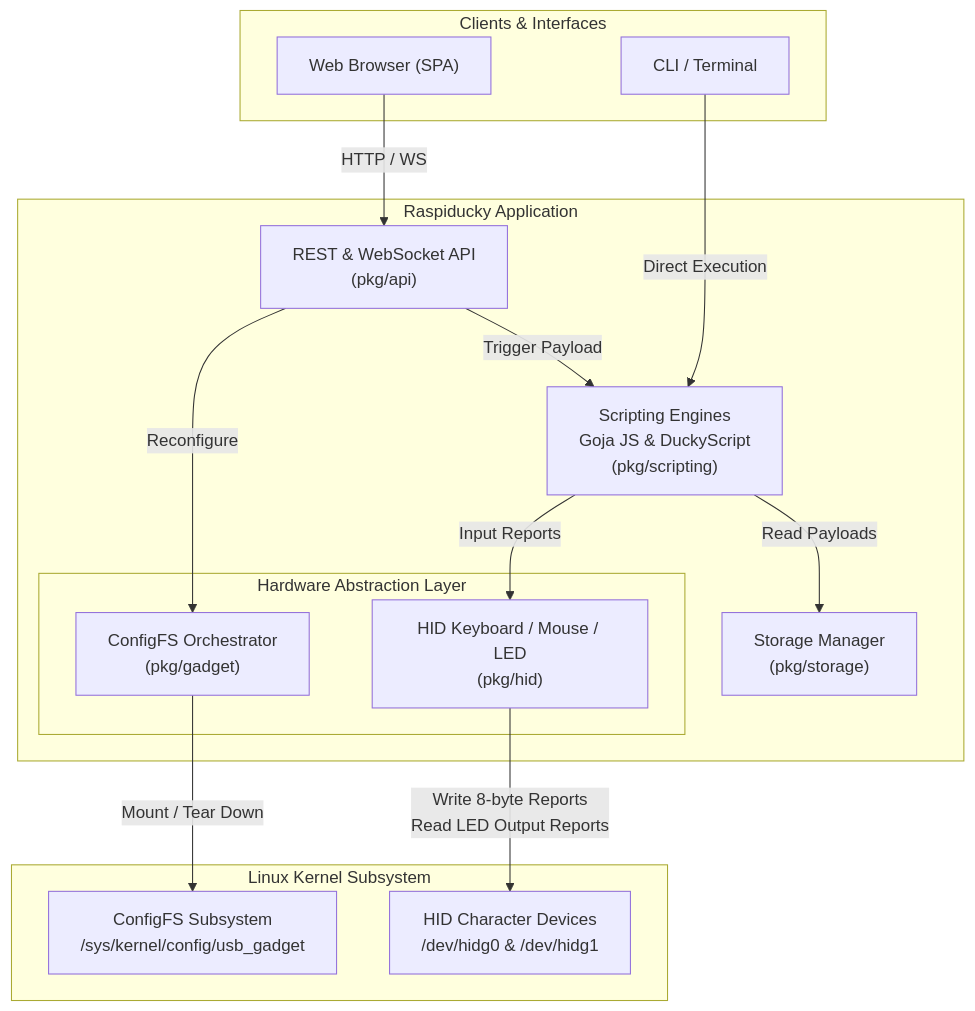
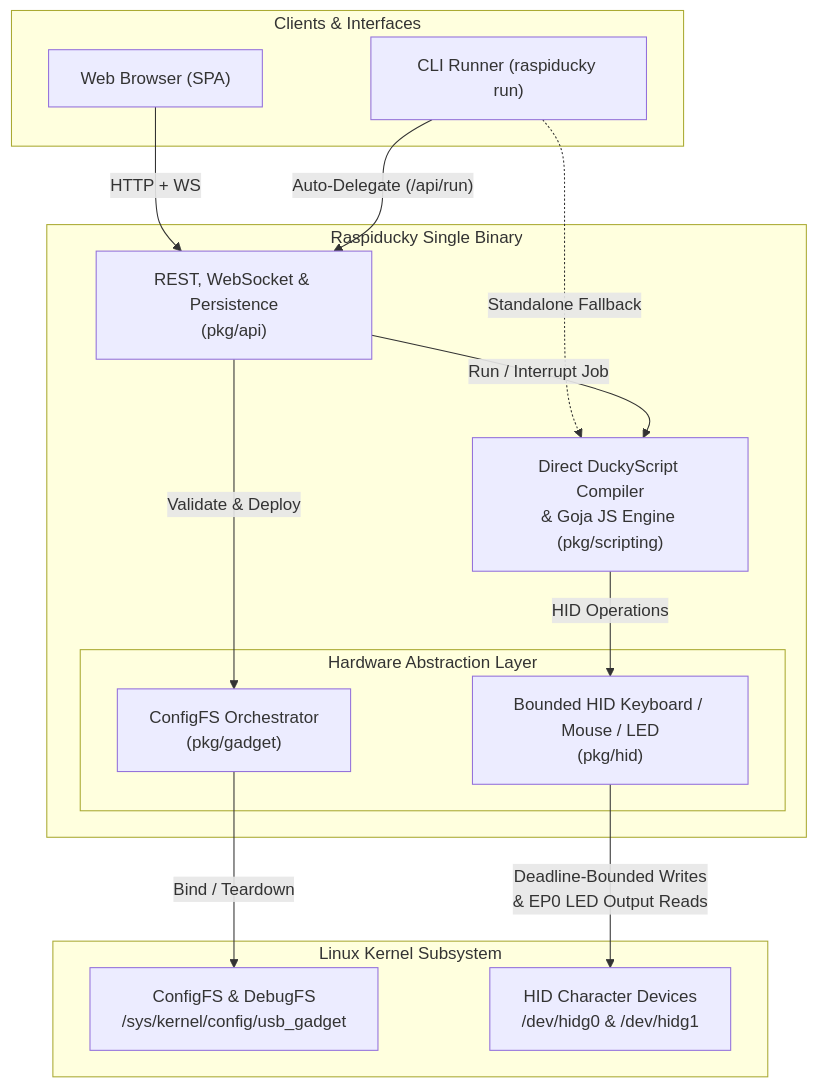
The diagram in gh-pages/architecture.md (arrase/Raspiducky), drawn with Mermaid before and after one commit. The commit also changed other lines of this file and 8 other files, not shown here.

Commit message:
docs: align README and gh-pages with refactored architecture, endpoints, API, and CLI

````diff
--- a/gh-pages/architecture.md
+++ b/gh-pages/architecture.md
@@ -13,32 +13,31 @@
 ```mermaid
 flowchart TD
     subgraph Clients ["Clients & Interfaces"]
         UI["Web Browser (SPA)"]
-        CLI["CLI / Terminal"]
+        CLI["CLI Runner (raspiducky run)"]
     end
 
-    subgraph Raspiducky ["Raspiducky Application"]
-        API["REST & WebSocket API\n(pkg/api)"]
-        Scripting["Scripting Engines\nGoja JS & DuckyScript\n(pkg/scripting)"]
-        Storage["Storage Manager\n(pkg/storage)"]
+    subgraph Raspiducky ["Raspiducky Single Binary"]
+        API["REST, WebSocket & Persistence\n(pkg/api)"]
+        Scripting["Direct DuckyScript Compiler\n& Goja JS Engine (pkg/scripting)"]
 
         subgraph Drivers ["Hardware Abstraction Layer"]
             Gadget["ConfigFS Orchestrator\n(pkg/gadget)"]
-            HID["HID Keyboard / Mouse / LED\n(pkg/hid)"]
+            HID["Bounded HID Keyboard / Mouse / LED\n(pkg/hid)"]
         end
     end
 
     subgraph Kernel ["Linux Kernel Subsystem"]
-        CFS["ConfigFS Subsystem\n/sys/kernel/config/usb_gadget"]
+        CFS["ConfigFS & DebugFS\n/sys/kernel/config/usb_gadget"]
         DevHID["HID Character Devices\n/dev/hidg0 & /dev/hidg1"]
     end
 
-    UI -->|"HTTP / WS"| API
-    CLI -->|"Direct Execution"| Scripting
-    API -->|"Trigger Payload"| Scripting
-    API -->|"Reconfigure"| Gadget
-    Scripting -->|"Input Reports"| HID
-    Scripting -->|"Read Payloads"| Storage
-    Gadget -->|"Mount / Tear Down"| CFS
-    HID -->|"Write 8-byte Reports\nRead LED Output Reports"| DevHID
+    UI -->|"HTTP + WS"| API
+    CLI -->|"Auto-Delegate (/api/run)"| API
+    CLI -.->|"Standalone Fallback"| Scripting
+    API -->|"Run / Interrupt Job"| Scripting
+    API -->|"Validate & Deploy"| Gadget
+    Scripting -->|"HID Operations"| HID
+    Gadget -->|"Bind / Teardown"| CFS
+    HID -->|"Deadline-Bounded Writes\n& EP0 LED Output Reads"| DevHID
 ```
````
